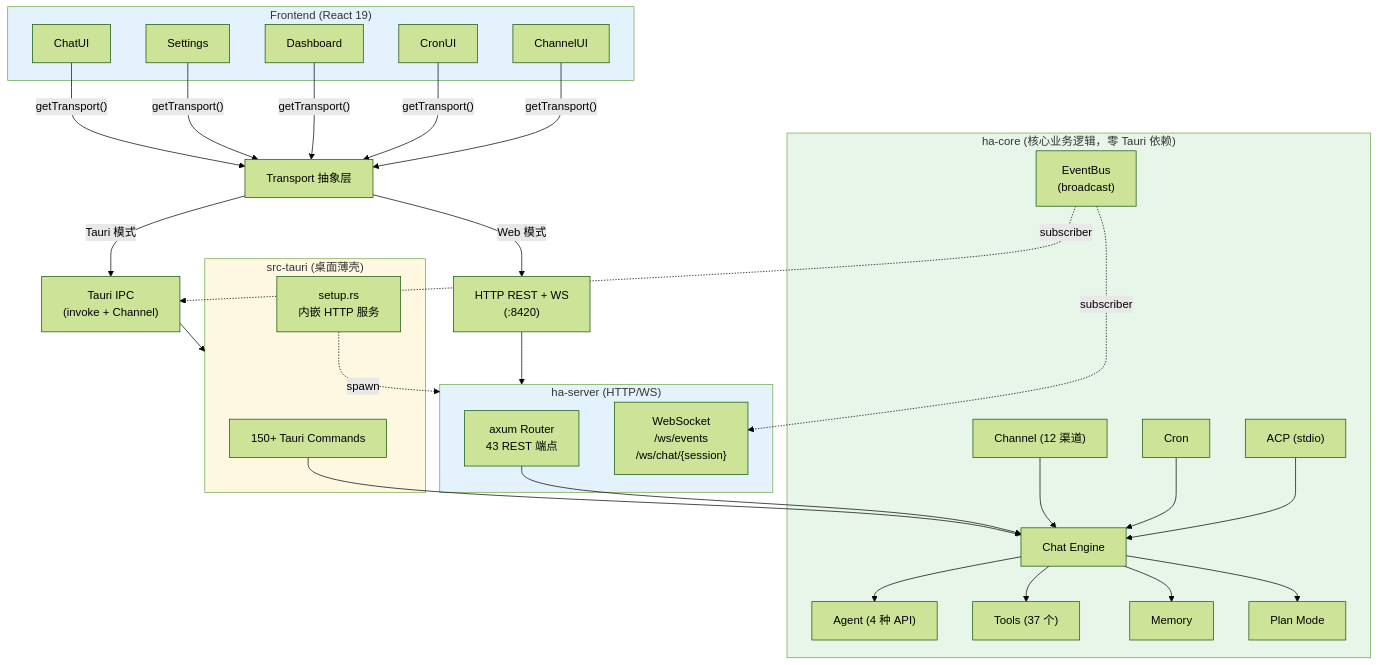
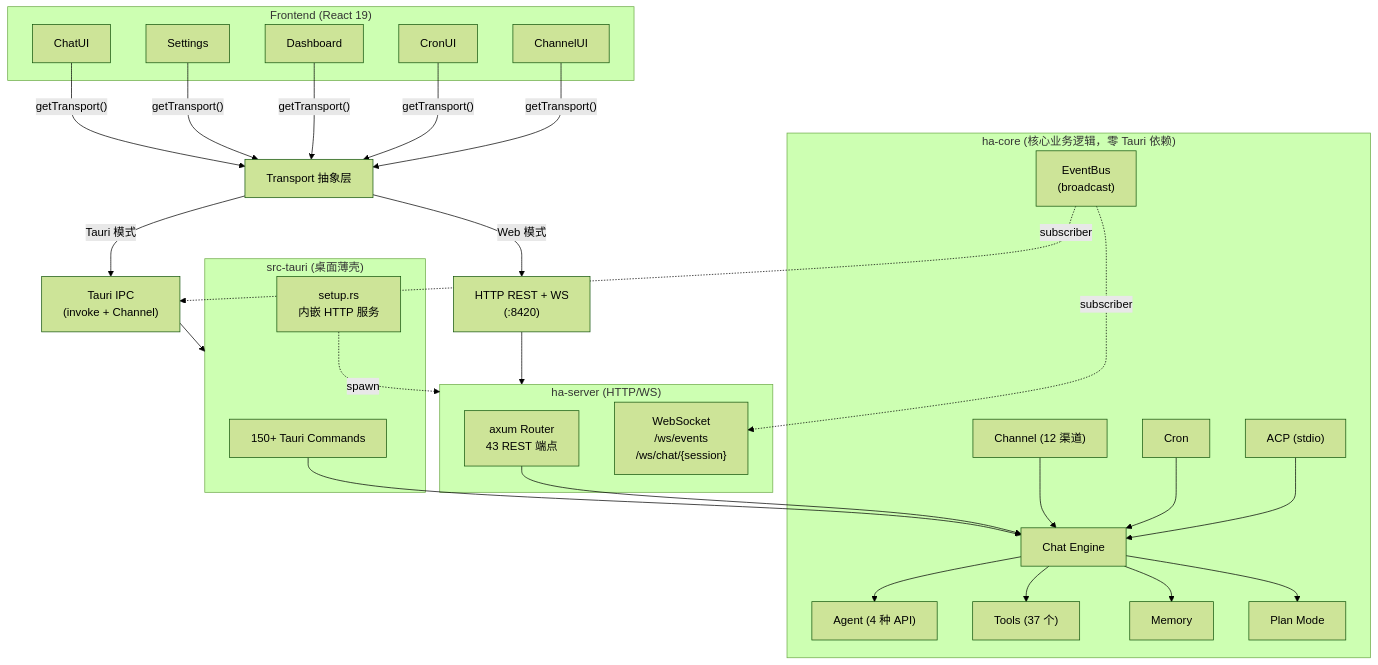
The first of 4 diagrams in docs/architecture/overview.md (shiwenwen/hope-agent), drawn with Mermaid (forest theme) before and after one commit. The commit also changed other lines of this file and 13 other files, not shown here.

First line of the commit message:
docs: 移除 mermaid 图表中的自定义背景色填充

````diff
--- a/docs/architecture/overview.md
+++ b/docs/architecture/overview.md
@@ -26,53 +26,49 @@
 ```mermaid
 graph TD
     subgraph Frontend["Frontend (React 19)"]
         ChatUI["ChatUI"]
         Settings["Settings"]
         Dashboard_UI["Dashboard"]
         CronUI["CronUI"]
         ChannelUI["ChannelUI"]
     end
 
     ChatUI & Settings & Dashboard_UI & CronUI & ChannelUI -->|"getTransport()"| Transport["Transport 抽象层"]
 
     Transport -->|"Tauri 模式"| IPC["Tauri IPC<br/>(invoke + Channel)"]
     Transport -->|"Web 模式"| HTTP["HTTP REST + WS<br/>(:8420)"]
 
     IPC --> TauriShell
     HTTP --> OcServer
 
     subgraph TauriShell["src-tauri (桌面薄壳)"]
         Commands["150+ Tauri Commands"]
         TauriSetup["setup.rs<br/>内嵌 HTTP 服务"]
     end
 
     subgraph OcServer["ha-server (HTTP/WS)"]
         Router["axum Router<br/>43 REST 端点"]
         WSHandler["WebSocket<br/>/ws/events<br/>/ws/chat/{session}"]
     end
 
     Commands --> ChatEngine
     Router --> ChatEngine
     TauriSetup -.->|"spawn"| OcServer
 
     subgraph OcCore["ha-core (核心业务逻辑，零 Tauri 依赖)"]
         ChatEngine["Chat Engine"]
         ChatEngine --> Agent["Agent (4 种 API)"]
         ChatEngine --> Tools["Tools (37 个)"]
         ChatEngine --> Memory["Memory"]
         ChatEngine --> PlanMode["Plan Mode"]
         EventBus["EventBus<br/>(broadcast)"]
         Channel["Channel (12 渠道)"]
         Cron["Cron"]
         ACP["ACP (stdio)"]
         Channel & Cron & ACP --> ChatEngine
     end
 
     EventBus -.->|"subscriber"| IPC
     EventBus -.->|"subscriber"| WSHandler
 
-    style Frontend fill:#e3f2fd
-    style OcCore fill:#e8f5e9
-    style OcServer fill:#e3f2fd
-    style TauriShell fill:#fff8e1
 ```
````
